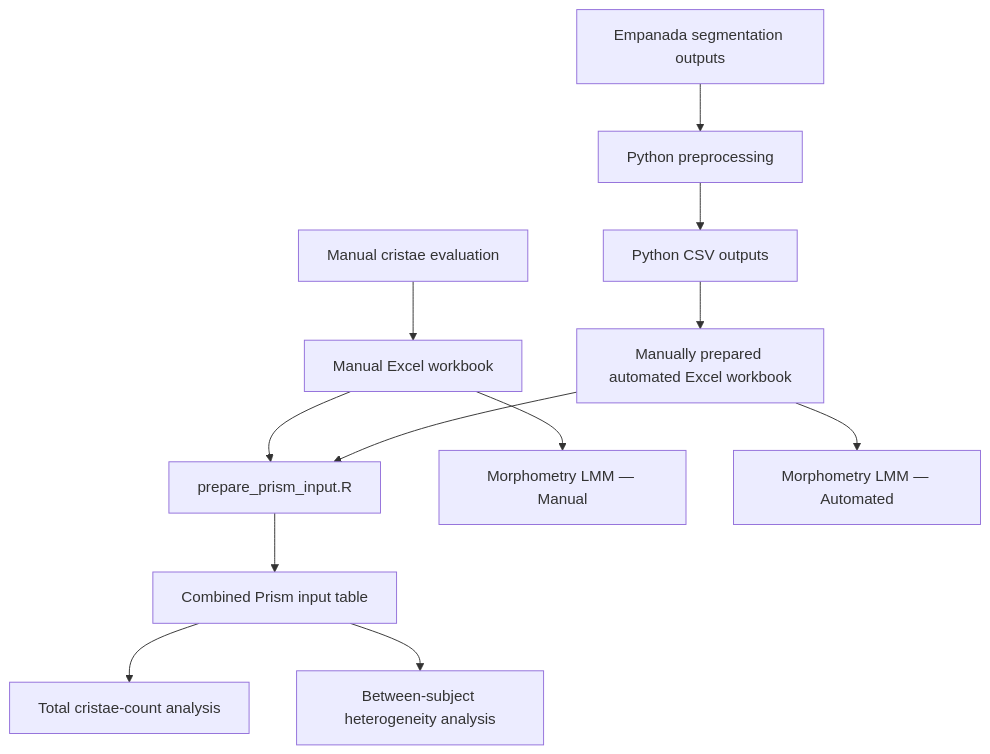
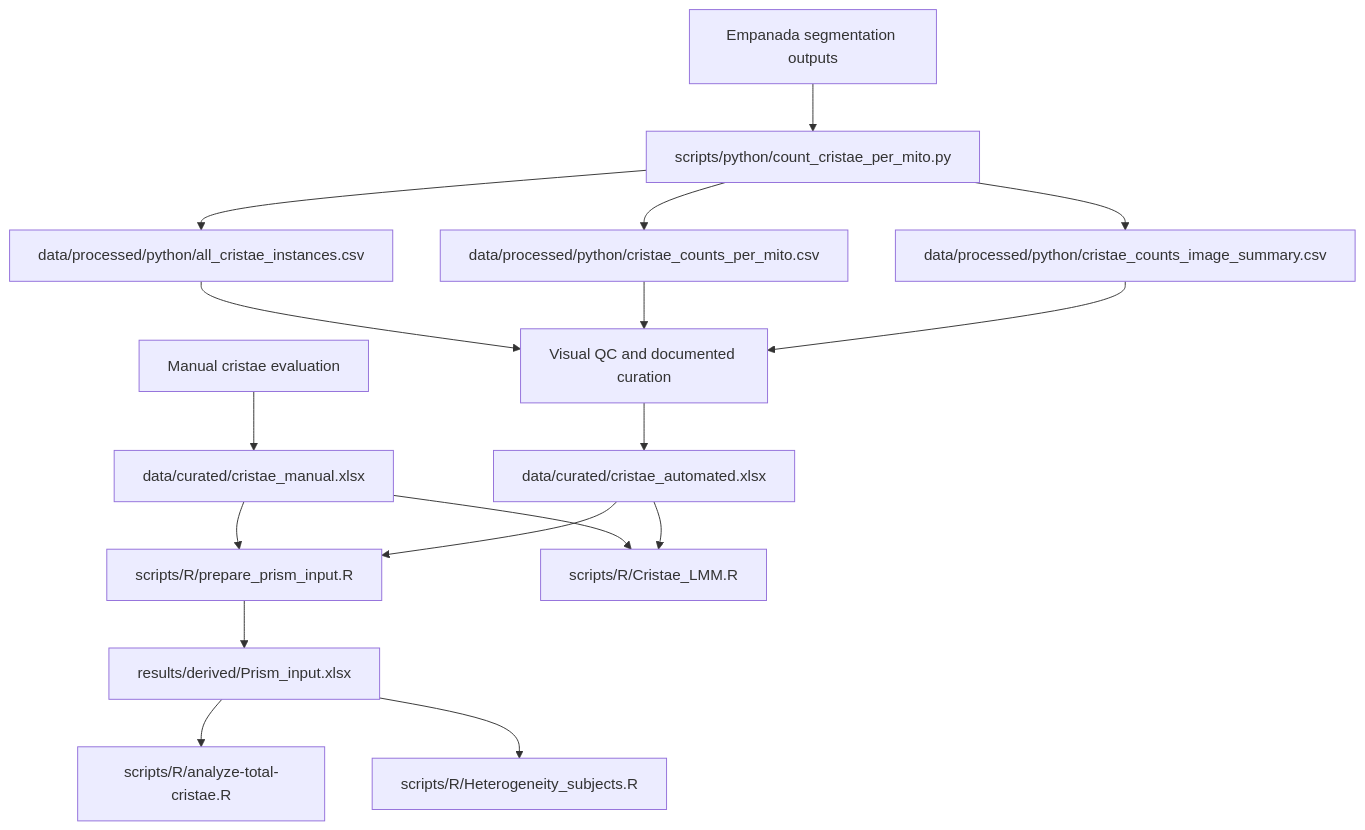
One commit to nikolvolfova-web/Mitochondrial-Ultrastructure-Analysis changed the diagram in docs/DATA_PROVENANCE.md. Above: the diagram before and after it, drawn with Mermaid. The commit also changed other lines of this file and 16 other files, not shown here.

````diff
--- a/docs/DATA_PROVENANCE.md
+++ b/docs/DATA_PROVENANCE.md
@@ -22,18 +22,24 @@
 ```mermaid
 flowchart TD
-    M1["Manual cristae evaluation"] --> M2["Manual Excel workbook"]
+    M1["Manual cristae evaluation"] --> M2["data/curated/cristae_manual.xlsx"]
 
-    E1["Empanada segmentation outputs"] --> P["Python preprocessing"]
-    P --> C["Python CSV outputs"]
-    C --> A["Manually prepared automated Excel workbook"]
+    E1["Empanada segmentation outputs"] --> P["scripts/python/count_cristae_per_mito.py"]
+    P --> C1["data/processed/python/all_cristae_instances.csv"]
+    P --> C2["data/processed/python/cristae_counts_per_mito.csv"]
+    P --> C3["data/processed/python/cristae_counts_image_summary.csv"]
 
-    M2 --> PI["prepare_prism_input.R"]
+    C1 --> Q["Visual QC and documented curation"]
+    C2 --> Q
+    C3 --> Q
+    Q --> A["data/curated/cristae_automated.xlsx"]
+
+    M2 --> PI["scripts/R/prepare_prism_input.R"]
     A --> PI
-    PI --> PT["Combined Prism input table"]
+    PI --> PR["results/derived/Prism_input.xlsx"]
 
-    PT --> T["Total cristae-count analysis"]
-    PT --> H["Between-subject heterogeneity analysis"]
+    PR --> T["scripts/R/analyze-total-cristae.R"]
+    PR --> H["scripts/R/Heterogeneity_subjects.R"]
 
-    M2 --> LM["Morphometry LMM — Manual"]
-    A --> LA["Morphometry LMM — Automated"]
+    M2 --> L["scripts/R/Cristae_LMM.R"]
+    A --> L
 ```
````
